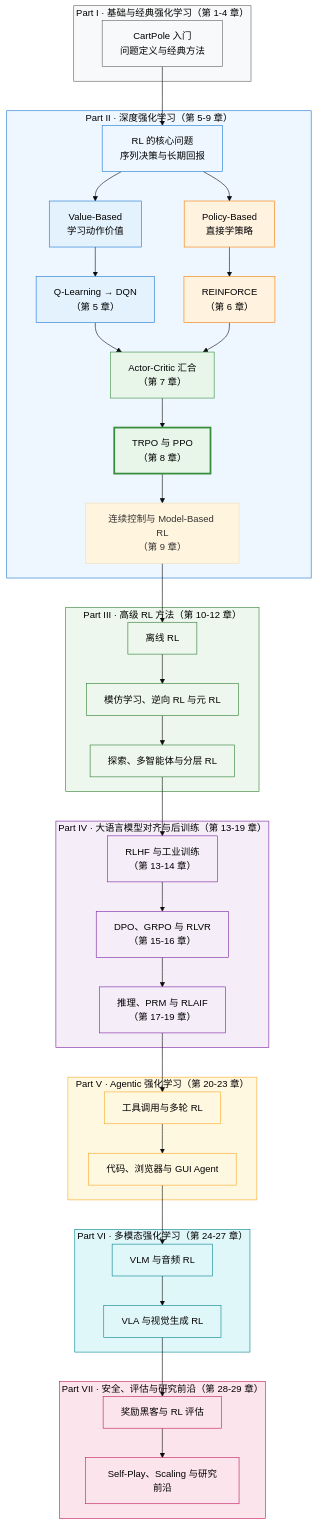
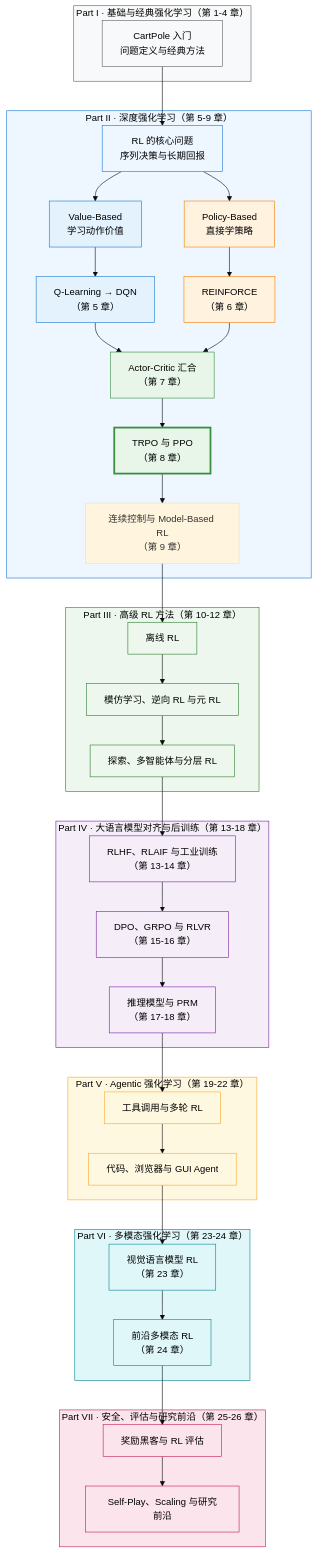
The diagram in docs/preface/intro.md (CrazyForks/hands-on-modern-rl), drawn with Mermaid (base theme) before and after one commit. The commit also changed other lines of this file and 103 other files, not shown here.

````diff
--- a/docs/preface/intro.md
+++ b/docs/preface/intro.md
@@ -315,75 +315,75 @@
 ```mermaid
 graph TD
     subgraph P1["Part I · 基础与经典强化学习（第 1-4 章）"]
         Q["CartPole 入门<br/>问题定义与经典方法"]
     end
 
     subgraph P2["Part II · 深度强化学习（第 5-9 章）"]
         A["RL 的核心问题<br/>序列决策与长期回报"] --> B["Value-Based<br/>学习动作价值"]
         A --> C["Policy-Based<br/>直接学策略"]
         B --> D["Q-Learning → DQN<br/>（第 5 章）"]
         C --> E["REINFORCE<br/>（第 6 章）"]
         D --> F["Actor-Critic 汇合<br/>（第 7 章）"]
         E --> F
         F --> G["TRPO 与 PPO<br/>（第 8 章）"]
         G --> H["连续控制与 Model-Based RL<br/>（第 9 章）"]
     end
 
     subgraph P3["Part III · 高级 RL 方法（第 10-12 章）"]
         I["离线 RL"] --> J["模仿学习、逆向 RL 与元 RL"]
         J --> K["探索、多智能体与分层 RL"]
     end
 
-    subgraph P4["Part IV · 大语言模型对齐与后训练（第 13-19 章）"]
-        L["RLHF 与工业训练<br/>（第 13-14 章）"] --> M["DPO、GRPO 与 RLVR<br/>（第 15-16 章）"]
-        M --> N["推理、PRM 与 RLAIF<br/>（第 17-19 章）"]
+    subgraph P4["Part IV · 大语言模型对齐与后训练（第 13-18 章）"]
+        L["RLHF、RLAIF 与工业训练<br/>（第 13-14 章）"] --> M["DPO、GRPO 与 RLVR<br/>（第 15-16 章）"]
+        M --> N["推理模型与 PRM<br/>（第 17-18 章）"]
     end
 
-    subgraph P5["Part V · Agentic 强化学习（第 20-23 章）"]
+    subgraph P5["Part V · Agentic 强化学习（第 19-22 章）"]
         O["工具调用与多轮 RL"] --> P["代码、浏览器与 GUI Agent"]
     end
 
-    subgraph P6["Part VI · 多模态强化学习（第 24-27 章）"]
-        R["VLM 与音频 RL"] --> S["VLA 与视觉生成 RL"]
+    subgraph P6["Part VI · 多模态强化学习（第 23-24 章）"]
+        R["视觉语言模型 RL<br/>（第 23 章）"] --> S["前沿多模态 RL<br/>（第 24 章）"]
     end
 
-    subgraph P7["Part VII · 安全、评估与研究前沿（第 28-29 章）"]
+    subgraph P7["Part VII · 安全、评估与研究前沿（第 25-26 章）"]
         T["奖励黑客与 RL 评估"] --> U["Self-Play、Scaling 与研究前沿"]
     end
 
     Q --> A
     H --> I
     K --> L
     N --> O
     P --> R
     S --> T
 
     style P1 fill:#f8f9fa,stroke:#616161,color:#000
     style P2 fill:#eef6ff,stroke:#1976d2,color:#000
     style P3 fill:#edf7ed,stroke:#2e7d32,color:#000
     style P4 fill:#f5eef8,stroke:#7b1fa2,color:#000
     style P5 fill:#fff8e1,stroke:#f9a825,color:#000
     style P6 fill:#e0f7fa,stroke:#00838f,color:#000
     style P7 fill:#fce4ec,stroke:#c2185b,color:#000
     style Q fill:#f8f9fa,stroke:#616161,color:#000
     style A fill:#eef6ff,stroke:#1976d2,color:#000
     style B fill:#e3f2fd,stroke:#1976d2,color:#000
     style D fill:#e3f2fd,stroke:#1976d2,color:#000
     style C fill:#fff3e0,stroke:#f57c00,color:#000
     style E fill:#fff3e0,stroke:#f57c00,color:#000
     style F fill:#e8f5e9,stroke:#388e3c,color:#000
     style G fill:#e8f5e9,stroke:#388e3c,stroke-width:3px,color:#000
     style I fill:#edf7ed,stroke:#2e7d32,color:#000
     style J fill:#edf7ed,stroke:#2e7d32,color:#000
     style K fill:#edf7ed,stroke:#2e7d32,color:#000
     style L fill:#f5eef8,stroke:#7b1fa2,color:#000
     style M fill:#f5eef8,stroke:#7b1fa2,color:#000
     style N fill:#f5eef8,stroke:#7b1fa2,color:#000
     style O fill:#fff8e1,stroke:#f9a825,color:#000
     style P fill:#fff8e1,stroke:#f9a825,color:#000
     style R fill:#e0f7fa,stroke:#00838f,color:#000
     style S fill:#e0f7fa,stroke:#00838f,color:#000
     style T fill:#fce4ec,stroke:#c2185b,color:#000
     style U fill:#fce4ec,stroke:#c2185b,color:#000
 
 ```
````
